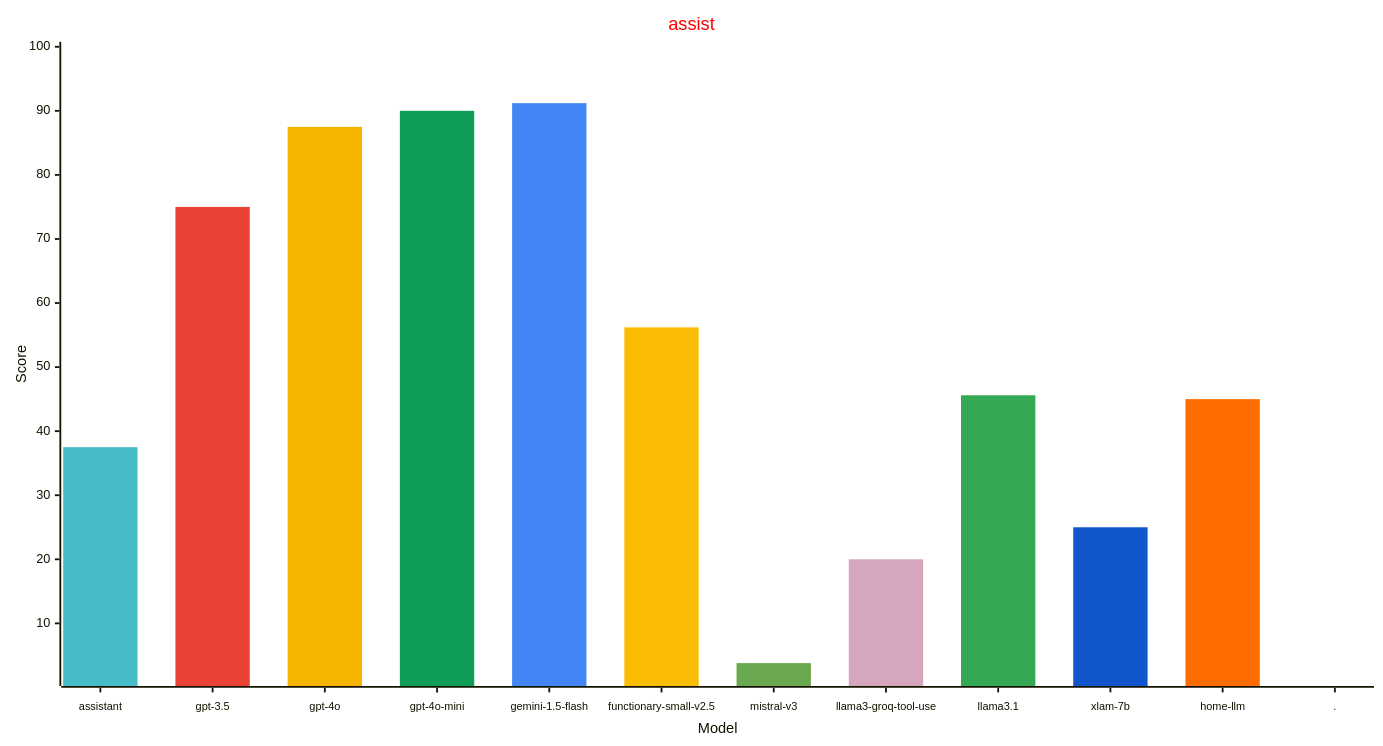
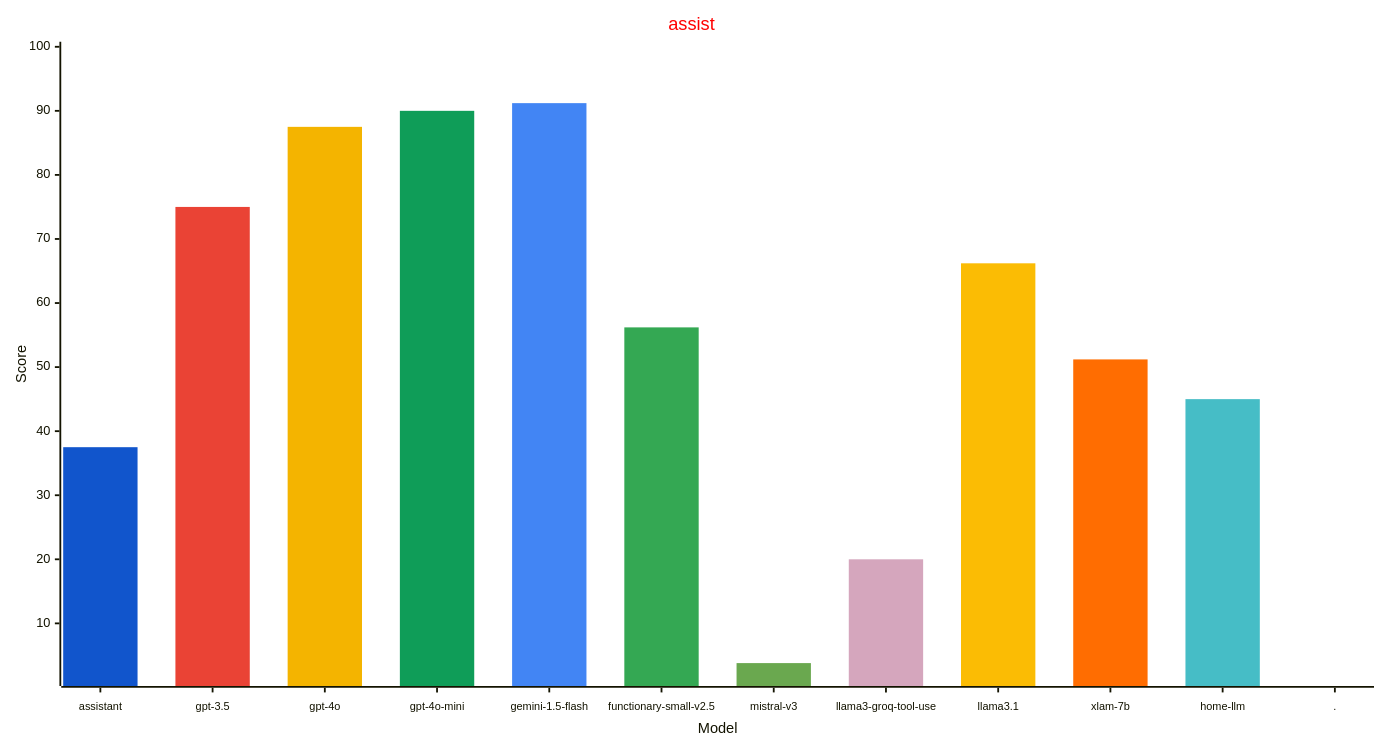
One commit to allenporter/home-assistant-datasets changed the first of 3 diagrams in reports/README.md. Above: the diagram before and after it, drawn with Mermaid. The commit also changed other lines of this file and 83 other files, not shown here.

````diff
--- a/reports/README.md
+++ b/reports/README.md
@@ -39,32 +39,32 @@
 ```mermaid
 ---
 config:
     xyChart:
         width: 1500
         height: 800
         xAxis:
           labelFontSize: 12
           labelPadding: 8
     themeVariables:
         xyChart:
             titleColor: "#ff0000"
-            plotColorPalette: "#46bdc6, #ea4335, #f4b400, #0f9d58, #4285f4, #fbbc04, #6aa84f, #d5a6bd, #34a853, #1155cc, #ff6d01, #4285f4"
+            plotColorPalette: "#1155cc, #ea4335, #f4b400, #0f9d58, #4285f4, #34a853, #6aa84f, #d5a6bd, #fbbc04, #ff6d01, #46bdc6, #4285f4"
 
 ---
 xychart-beta
   title "assist"
   x-axis "Model" [assistant, gpt-3.5, gpt-4o, gpt-4o-mini, gemini-1.5-flash, functionary-small-v2.5, mistral-v3, llama3-groq-tool-use, llama3.1, xlam-7b, home-llm, .]
   y-axis "Score" 1 --> 100
   bar [37.5, 0.0, 0.0, 0.0, 0.0, 0.0, 0.0, 0.0, 0.0, 0.0, 0.0, 0.0]
   bar [0.0, 75.0, 0.0, 0.0, 0.0, 0.0, 0.0, 0.0, 0.0, 0.0, 0.0, 0.0]
   bar [0.0, 0.0, 87.5, 0.0, 0.0, 0.0, 0.0, 0.0, 0.0, 0.0, 0.0, 0.0]
   bar [0.0, 0.0, 0.0, 90.0, 0.0, 0.0, 0.0, 0.0, 0.0, 0.0, 0.0, 0.0]
   bar [0.0, 0.0, 0.0, 0.0, 91.2, 0.0, 0.0, 0.0, 0.0, 0.0, 0.0, 0.0]
   bar [0.0, 0.0, 0.0, 0.0, 0.0, 56.2, 0.0, 0.0, 0.0, 0.0, 0.0, 0.0]
   bar [0.0, 0.0, 0.0, 0.0, 0.0, 0.0, 3.8, 0.0, 0.0, 0.0, 0.0, 0.0]
   bar [0.0, 0.0, 0.0, 0.0, 0.0, 0.0, 0.0, 20.0, 0.0, 0.0, 0.0, 0.0]
-  bar [0.0, 0.0, 0.0, 0.0, 0.0, 0.0, 0.0, 0.0, 45.6, 0.0, 0.0, 0.0]
-  bar [0.0, 0.0, 0.0, 0.0, 0.0, 0.0, 0.0, 0.0, 0.0, 25.0, 0.0, 0.0]
+  bar [0.0, 0.0, 0.0, 0.0, 0.0, 0.0, 0.0, 0.0, 66.2, 0.0, 0.0, 0.0]
+  bar [0.0, 0.0, 0.0, 0.0, 0.0, 0.0, 0.0, 0.0, 0.0, 51.2, 0.0, 0.0]
   bar [0.0, 0.0, 0.0, 0.0, 0.0, 0.0, 0.0, 0.0, 0.0, 0.0, 45.0, 0.0]
   bar [0.0, 0.0, 0.0, 0.0, 0.0, 0.0, 0.0, 0.0, 0.0, 0.0, 0.0, -1.0]
 ```
````
